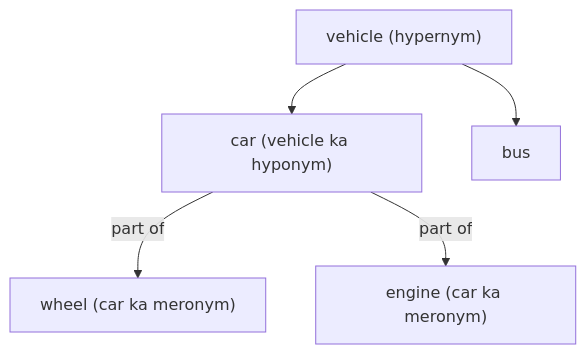
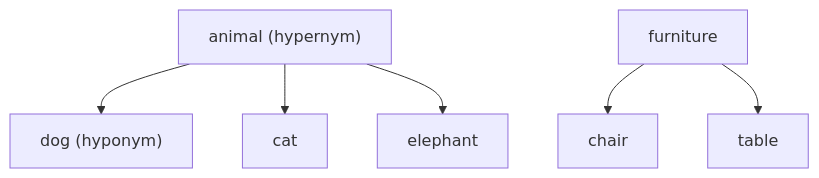
The second of 2 diagrams in content/natural-language-processing/pyq/2024-12/q3a.hi.mdx (TrendySloth1001/sem-seven-notes), drawn with Mermaid before and after one commit. The commit also changed other lines of this file and 406 other files, not shown here.

````diff
--- a/content/natural-language-processing/pyq/2024-12/q3a.hi.mdx
+++ b/content/natural-language-processing/pyq/2024-12/q3a.hi.mdx
@@ -23,8 +49,9 @@
 ```mermaid
-%% caption: Is-a links (upar hypernym, neeche hyponym) tree mein neeche jaate hain. Part-of links (meronym) part ko uske whole se jodte hain.
+%% caption: Class ke examples par hypernym aur hyponym. Arrow general word se specific word ki taraf hai.
 flowchart TD
-  V["vehicle (hypernym)"] --> C["car (vehicle ka hyponym)"]
-  V --> B["bus"]
-  C -->|"part of"| W["wheel (car ka meronym)"]
-  C -->|"part of"| E["engine (car ka meronym)"]
+  A["animal (hypernym)"] --> B["dog (hyponym)"]
+  A --> C["cat"]
+  A --> D["elephant"]
+  E["furniture"] --> F["chair"]
+  E --> G["table"]
 ```
````
